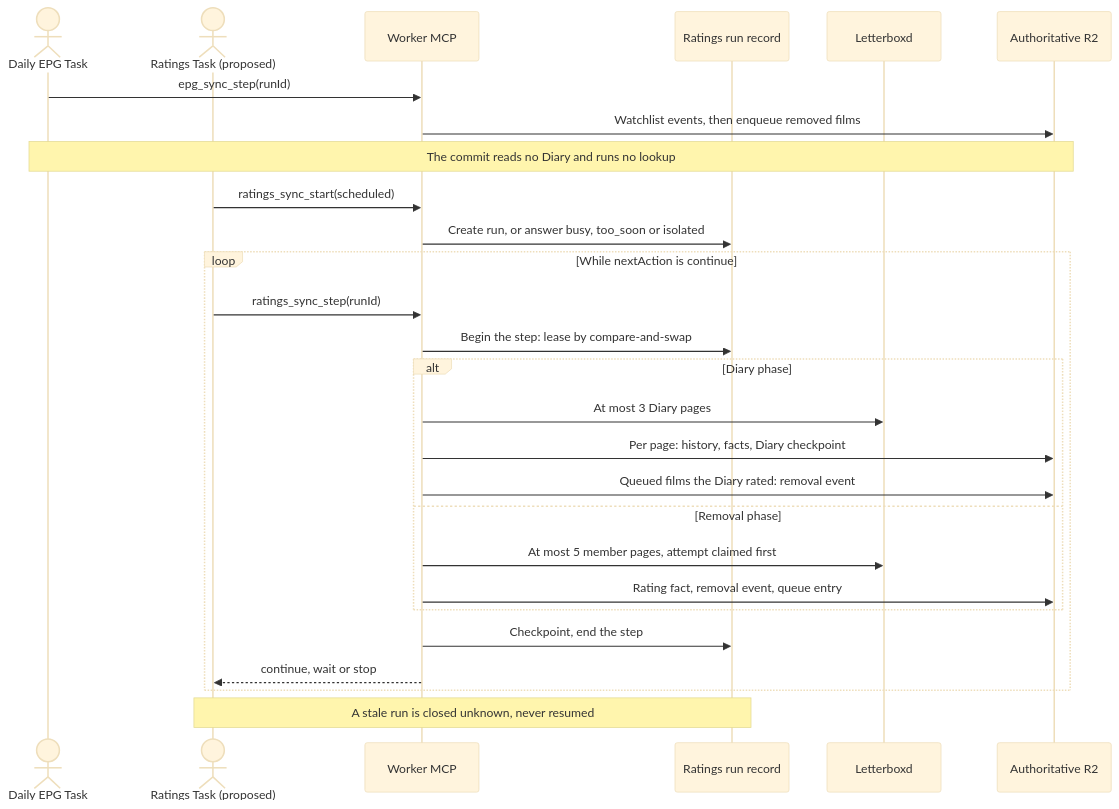
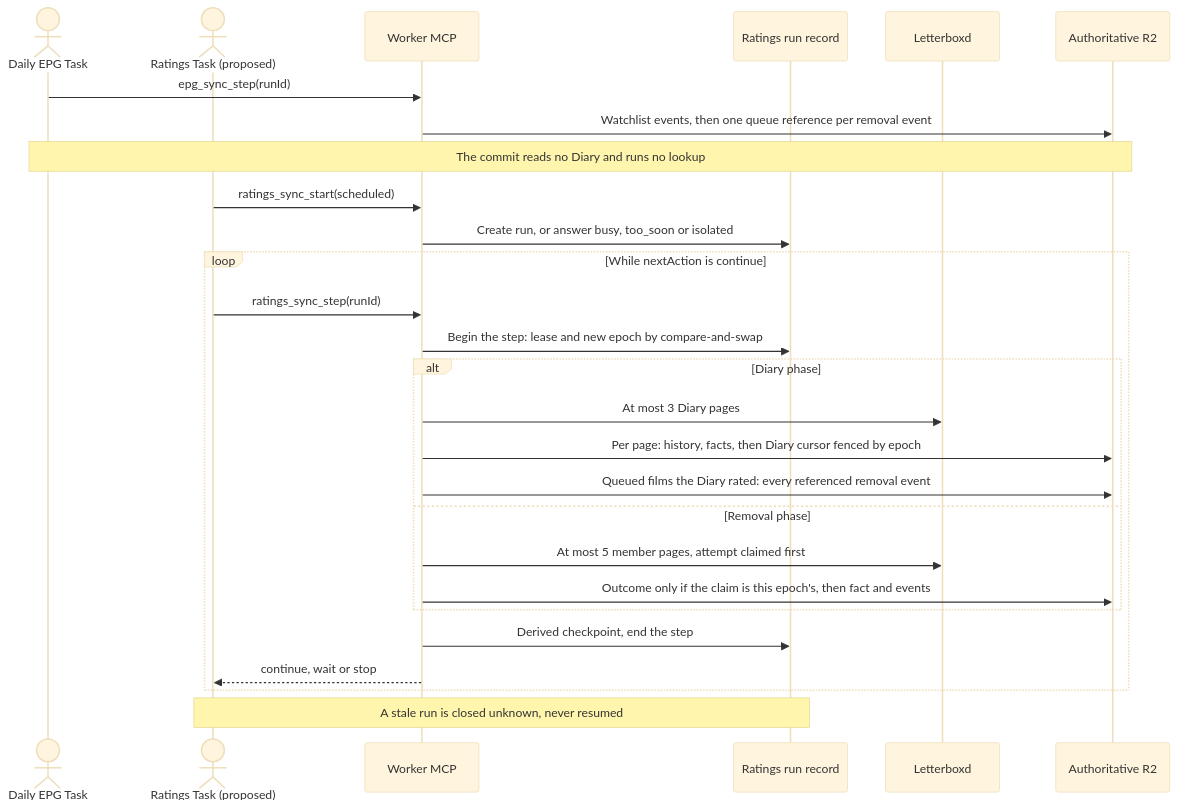
Before and after one commit to vladimino/iptv-watchlist: the second of 3 diagrams in docs/architecture/scheduling-and-orchestration.md, drawn with Mermaid (base theme). The commit also changed other lines of this file, not shown here.

Commit message:
AIR-296: show per-object fencing and event references in the proposed ratings diagram

````diff
--- a/docs/architecture/scheduling-and-orchestration.md
+++ b/docs/architecture/scheduling-and-orchestration.md
@@ -105,29 +105,29 @@
 ```mermaid
 sequenceDiagram
     actor Daily as Daily EPG Task
     actor Ratings as Ratings Task (proposed)
     participant MCP as Worker MCP
     participant Run as Ratings run record
     participant LB as Letterboxd
     participant R2 as Authoritative R2
     Daily->>MCP: epg_sync_step(runId)
-    MCP->>R2: Watchlist events, then enqueue removed films
+    MCP->>R2: Watchlist events, then one queue reference per removal event
     Note over Daily,R2: The commit reads no Diary and runs no lookup
     Ratings->>MCP: ratings_sync_start(scheduled)
     MCP->>Run: Create run, or answer busy, too_soon or isolated
     loop While nextAction is continue
         Ratings->>MCP: ratings_sync_step(runId)
-        MCP->>Run: Begin the step: lease by compare-and-swap
+        MCP->>Run: Begin the step: lease and new epoch by compare-and-swap
         alt Diary phase
             MCP->>LB: At most 3 Diary pages
-            MCP->>R2: Per page: history, facts, Diary checkpoint
-            MCP->>R2: Queued films the Diary rated: removal event
+            MCP->>R2: Per page: history, facts, then Diary cursor fenced by epoch
+            MCP->>R2: Queued films the Diary rated: every referenced removal event
         else Removal phase
             MCP->>LB: At most 5 member pages, attempt claimed first
-            MCP->>R2: Rating fact, removal event, queue entry
+            MCP->>R2: Outcome only if the claim is this epoch's, then fact and events
         end
-        MCP->>Run: Checkpoint, end the step
+        MCP->>Run: Derived checkpoint, end the step
         MCP-->>Ratings: continue, wait or stop
     end
     Note over Ratings,Run: A stale run is closed unknown, never resumed
 ```
````
